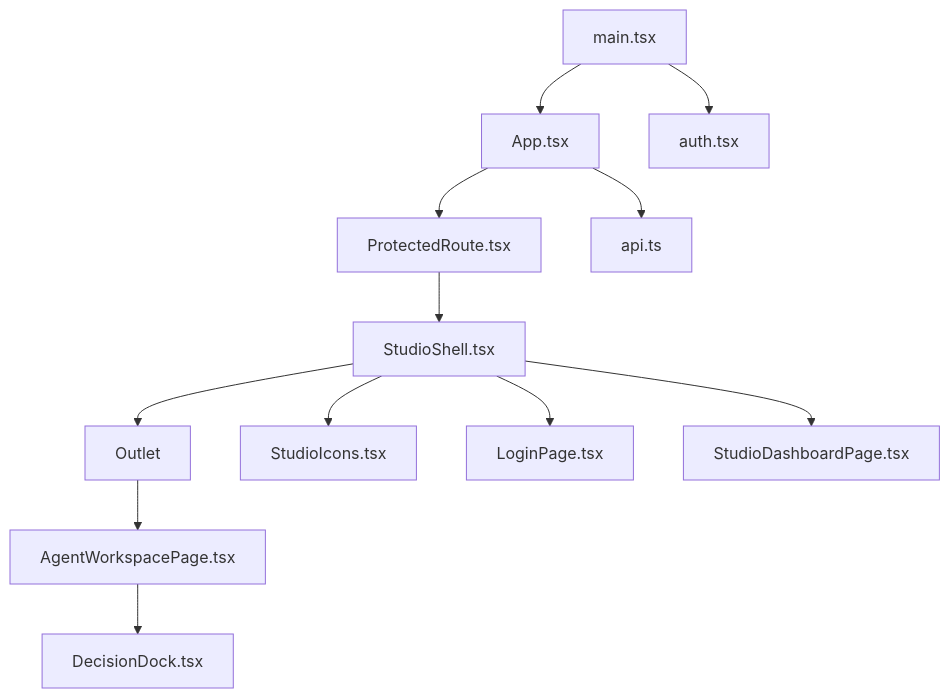
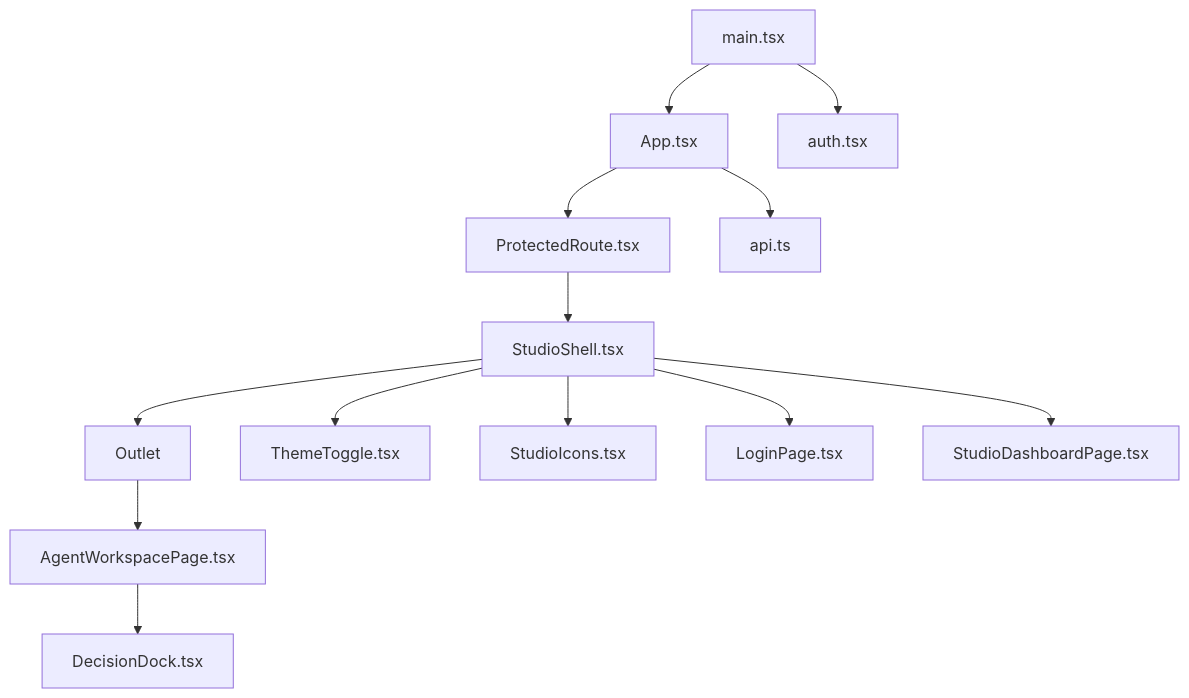
One commit to YU-JI-KUI/ark-agentic changed the second of 7 diagrams in repowiki/zh/content/Studio 开发工具/前端架构.md. Above: the diagram before and after it, drawn with Mermaid. The commit also changed other lines of this file and 6 other files, not shown here.

Commit message:
update doc and add mermaid js

````diff
--- a/repowiki/zh/content/Studio 开发工具/前端架构.md
+++ b/repowiki/zh/content/Studio 开发工具/前端架构.md
@@ -130,14 +142,15 @@
 ```mermaid
 graph TB
 M["main.tsx"] --> R["App.tsx"]
 R --> P["ProtectedRoute.tsx"]
 P --> S["StudioShell.tsx"]
 S --> O["Outlet"]
 O --> AW["AgentWorkspacePage.tsx"]
 AW --> DD["DecisionDock.tsx"]
+S --> TT["ThemeToggle.tsx"]
 S --> SI["StudioIcons.tsx"]
 M --> A["auth.tsx"]
 R --> API["api.ts"]
 S --> LP["LoginPage.tsx"]
 S --> SD["StudioDashboardPage.tsx"]
 ```
````
